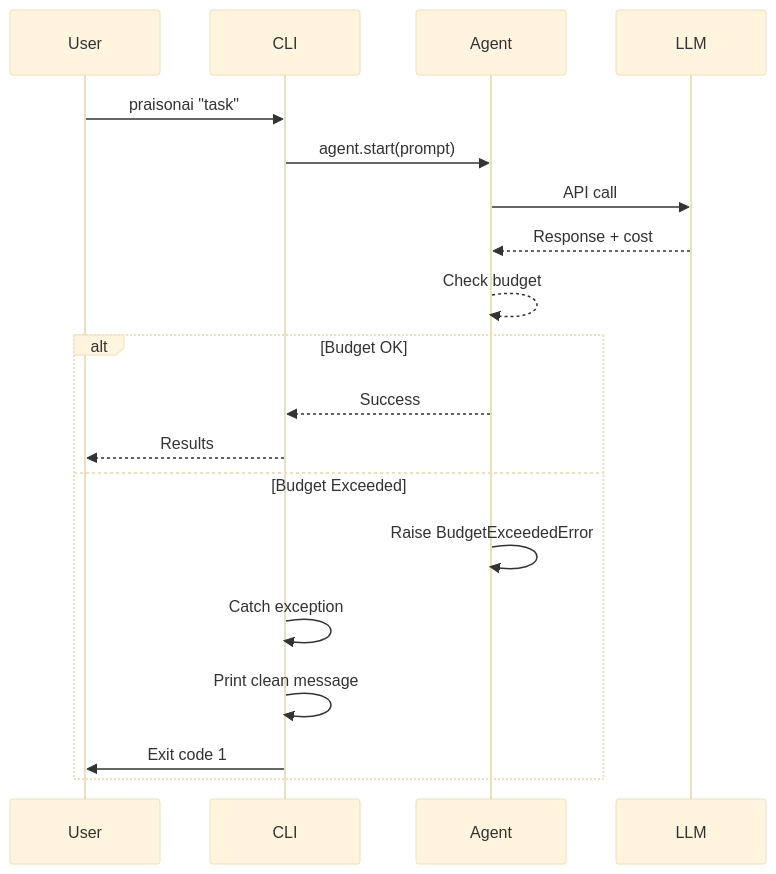
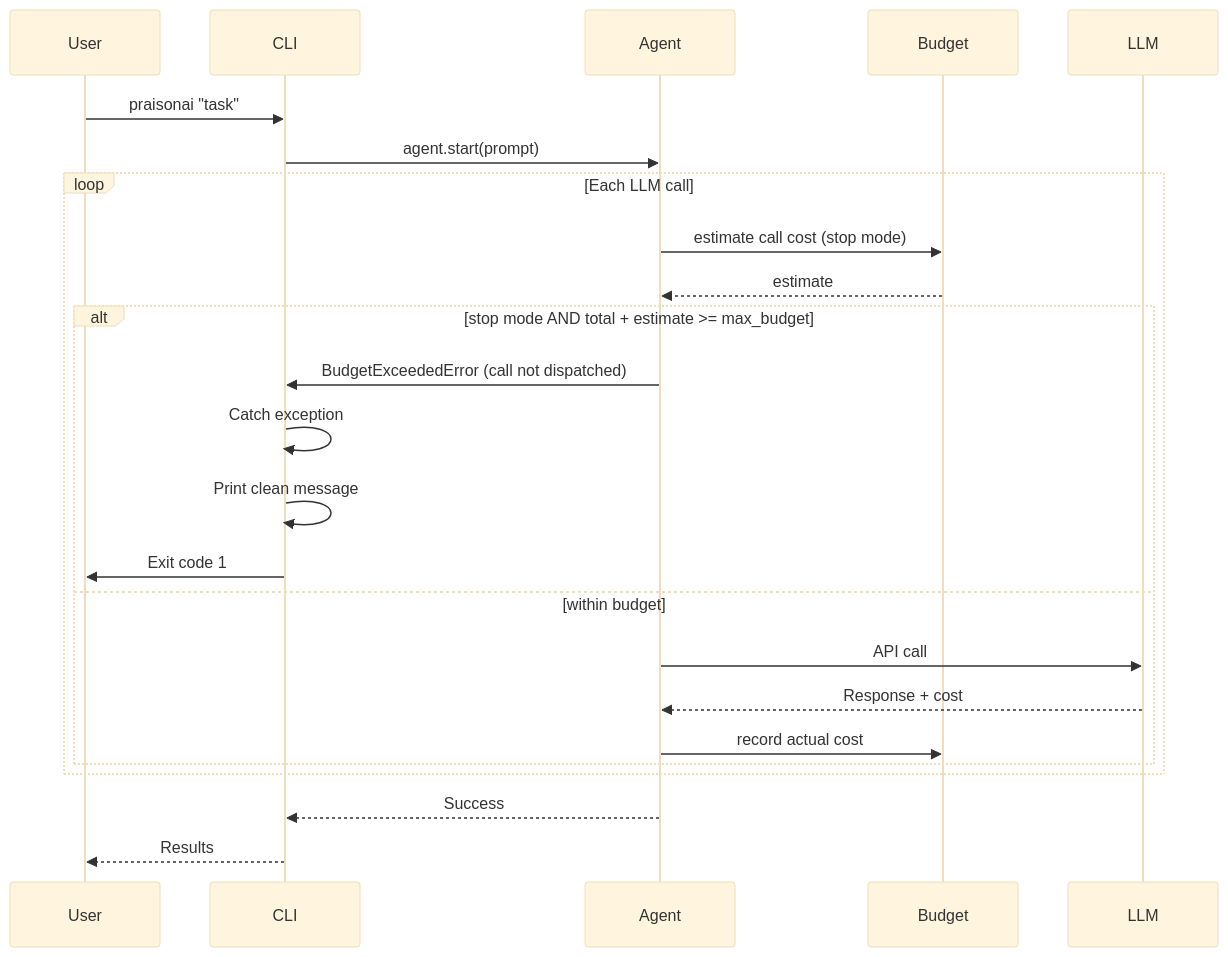
The second of 2 diagrams in docs/features/cli-budget-handling.mdx (MervinPraison/PraisonAIDocs), drawn with Mermaid (base theme) before and after one commit. The commit also changed other lines of this file and 3 other files, not shown here.

First line of the commit message:
docs: update budget docs for pre-call hard ceiling (fixes #928)

````diff
--- a/docs/features/cli-budget-handling.mdx
+++ b/docs/features/cli-budget-handling.mdx
@@ -72,23 +72,27 @@
 ```mermaid
 sequenceDiagram
     participant User
     participant CLI
     participant Agent
+    participant Budget
     participant LLM
     
     User->>CLI: praisonai "task"
     CLI->>Agent: agent.start(prompt)
-    Agent->>LLM: API call
-    LLM-->>Agent: Response + cost
-    Agent-->>Agent: Check budget
-    
-    alt Budget OK
-        Agent-->>CLI: Success
-        CLI-->>User: Results
-    else Budget Exceeded
-        Agent->>Agent: Raise BudgetExceededError
-        CLI->>CLI: Catch exception
-        CLI->>CLI: Print clean message
-        CLI->>User: Exit code 1
+    loop Each LLM call
+        Agent->>Budget: estimate call cost (stop mode)
+        Budget-->>Agent: estimate
+        alt stop mode AND total + estimate >= max_budget
+            Agent->>CLI: BudgetExceededError (call not dispatched)
+            CLI->>CLI: Catch exception
+            CLI->>CLI: Print clean message
+            CLI->>User: Exit code 1
+        else within budget
+            Agent->>LLM: API call
+            LLM-->>Agent: Response + cost
+            Agent->>Budget: record actual cost
+        end
     end
+    Agent-->>CLI: Success
+    CLI-->>User: Results
 ```
````
